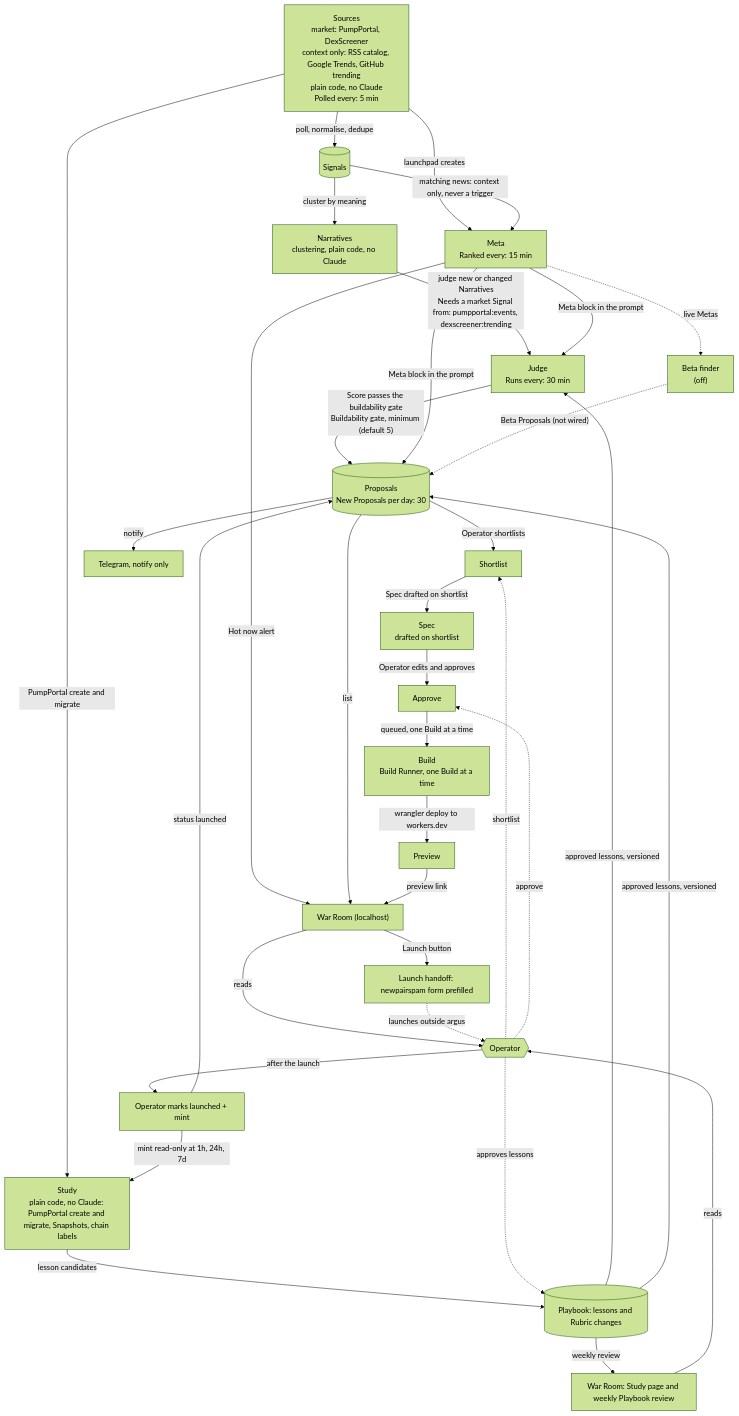
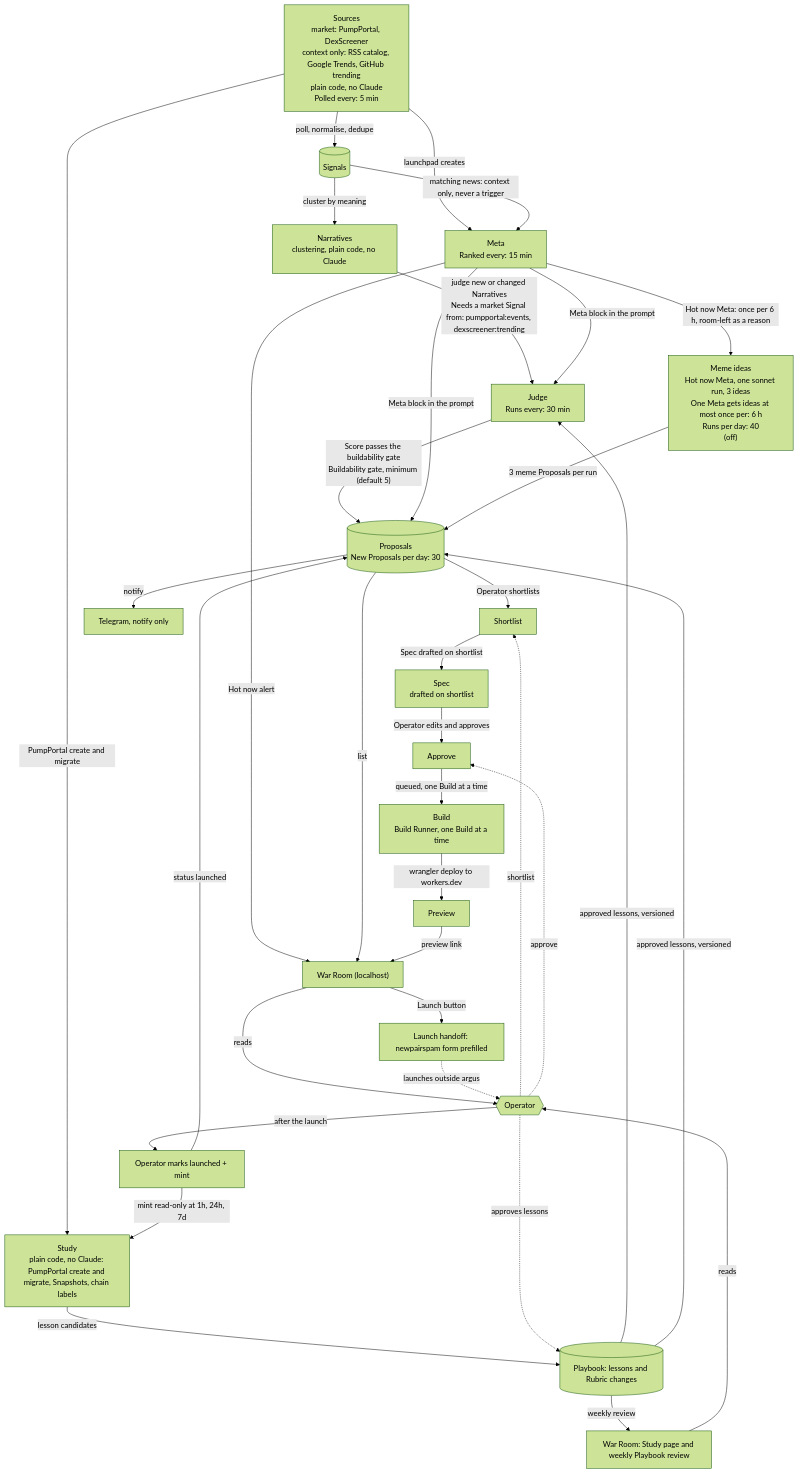
The first of 3 diagrams in docs/architecture.md (LuisPacx/argus), drawn with Mermaid (forest theme) before and after one commit. The commit also changed other lines of this file and 27 other files, not shown here.

First line of the commit message:
Missed ideas ticket 06: meme-ideas Brain task, the meme Proposal kind in the store and state machine, the Hot now trigger and cap

````diff
--- a/docs/architecture.md
+++ b/docs/architecture.md
@@ -16,58 +16,58 @@
 ```mermaid
 flowchart TD
   SOURCES["Sources<br/>market: PumpPortal, DexScreener<br/>context only: RSS catalog, Google Trends, GitHub trending<br/>plain code, no Claude<br/>Polled every: 5 min"]
   SIGNALS[("Signals")]
   NARRATIVES["Narratives<br/>clustering, plain code, no Claude"]
   JUDGE["Judge<br/>Runs every: 30 min"]
   PROPOSALS[("Proposals<br/>New Proposals per day: 30")]
   SHORTLIST["Shortlist"]
   SPEC["Spec<br/>drafted on shortlist"]
   APPROVE["Approve"]
   BUILD["Build<br/>Build Runner, one Build at a time"]
   PREVIEW["Preview"]
   STUDY["Study<br/>plain code, no Claude: PumpPortal create and migrate, Snapshots, chain labels"]
   META["Meta<br/>Ranked every: 15 min"]
-  BETA["Beta finder<br/>(off)"]
+  MEME["Meme ideas<br/>Hot now Meta, one sonnet run, 3 ideas<br/>One Meta gets ideas at most once per: 6 h<br/>Runs per day: 40<br/>(off)"]
   OPERATOR{{"Operator"}}
   WARROOM["War Room (localhost)"]
   TELEGRAM["Telegram, notify only"]
   HANDOFF["Launch handoff: newpairspam form prefilled"]
   MARKED["Operator marks launched + mint"]
   PLAYBOOK[("Playbook: lessons and Rubric changes")]
   REVIEW["War Room: Study page and weekly Playbook review"]
 
   SOURCES -->|"poll, normalise, dedupe"| SIGNALS
   SIGNALS -->|"cluster by meaning"| NARRATIVES
   NARRATIVES -->|"judge new or changed Narratives<br/>Needs a market Signal from: pumpportal:events, dexscreener:trending"| JUDGE
   JUDGE -->|"Score passes the buildability gate<br/>Buildability gate, minimum (default 5)"| PROPOSALS
   PROPOSALS -->|"Operator shortlists"| SHORTLIST
   SHORTLIST -->|"Spec drafted on shortlist"| SPEC
   SPEC -->|"Operator edits and approves"| APPROVE
   APPROVE -->|"queued, one Build at a time"| BUILD
   BUILD -->|"wrangler deploy to workers.dev"| PREVIEW
   SOURCES -->|"PumpPortal create and migrate"| STUDY
   SOURCES -->|"launchpad creates"| META
   SIGNALS -->|"matching news: context only, never a trigger"| META
   META -->|"Hot now alert"| WARROOM
   META -->|"Meta block in the prompt"| JUDGE
   META -->|"Meta block in the prompt"| PROPOSALS
-  META -.->|"live Metas"| BETA
-  BETA -.->|"Beta Proposals (not wired)"| PROPOSALS
+  META -->|"Hot now Meta: once per 6 h, room-left as a reason"| MEME
+  MEME -->|"3 meme Proposals per run"| PROPOSALS
   PROPOSALS -->|"list"| WARROOM
   PROPOSALS -->|"notify"| TELEGRAM
   WARROOM -->|"reads"| OPERATOR
   OPERATOR -.->|"shortlist"| SHORTLIST
   OPERATOR -.->|"approve"| APPROVE
   PREVIEW -->|"preview link"| WARROOM
   WARROOM -->|"Launch button"| HANDOFF
   HANDOFF -.->|"launches outside argus"| OPERATOR
   OPERATOR -->|"after the launch"| MARKED
   MARKED -->|"status launched"| PROPOSALS
   MARKED -->|"mint read-only at 1h, 24h, 7d"| STUDY
   STUDY -->|"lesson candidates"| PLAYBOOK
   PLAYBOOK -->|"weekly review"| REVIEW
   REVIEW -->|"reads"| OPERATOR
   OPERATOR -.->|"approves lessons"| PLAYBOOK
   PLAYBOOK -->|"approved lessons, versioned"| JUDGE
   PLAYBOOK -->|"approved lessons, versioned"| PROPOSALS
 ```
````
